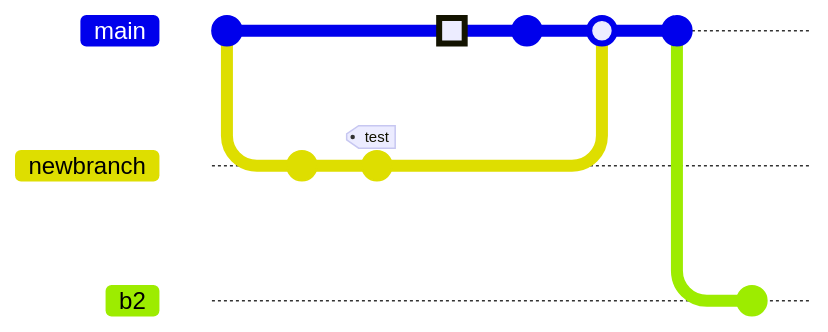
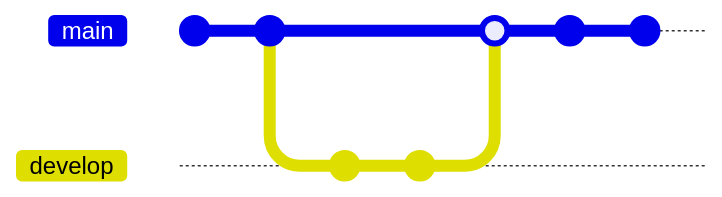
Before and after one commit to sionta/dblog: the diagram in _posts/2024-04-24-markdown-rendering.md, drawn with Mermaid. The commit also changed other lines of this file and 231 other files, not shown here. Commit ids are hidden.

````diff
--- a/_posts/2024-04-24-markdown-rendering.md
+++ b/_posts/2024-04-24-markdown-rendering.md
@@ -251,15 +281,13 @@
 ```mermaid
-gitGraph:
-  commit "Ashish"
-  branch newbranch
-  checkout newbranch
-  commit id:"1111"
-  commit tag:"test"
-  checkout main
-  commit type: HIGHLIGHT
-  commit
-  merge newbranch
-  commit
-  branch b2
-  commit
+gitGraph
+    commit
+    commit
+    branch develop
+    checkout develop
+    commit
+    commit
+    checkout main
+    merge develop
+    commit
+    commit
 ```
````
